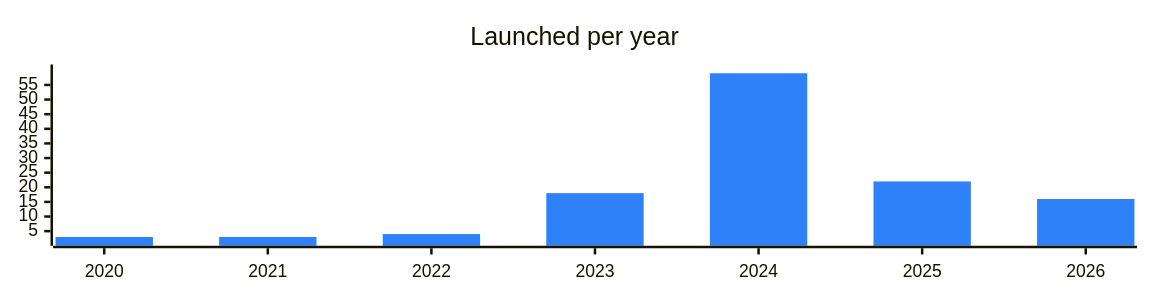
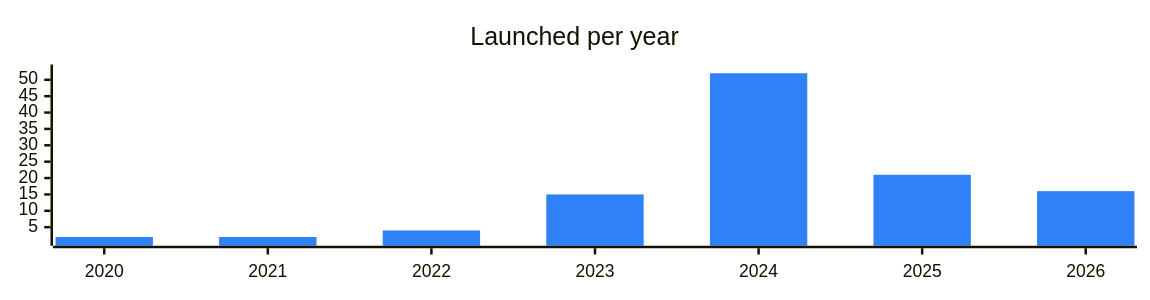
The diagram in categories/social.md (vitalikgpt/gram-ecosystem), drawn with Mermaid before and after one commit. The commit also changed other lines of this file and 71 other files, not shown here.

````diff
--- a/categories/social.md
+++ b/categories/social.md
@@ -7,7 +7,7 @@
 ```mermaid
 %%{init: {"xyChart": {"width": 900, "height": 220}, "themeVariables": {"xyChart": {"plotColorPalette": "#2f81f7"}}}}%%
 xychart-beta
   title "Launched per year"
   x-axis ["2020", "2021", "2022", "2023", "2024", "2025", "2026"]
-  bar [3, 3, 4, 18, 59, 22, 16]
+  bar [2, 2, 4, 15, 52, 21, 16]
 ```
````
